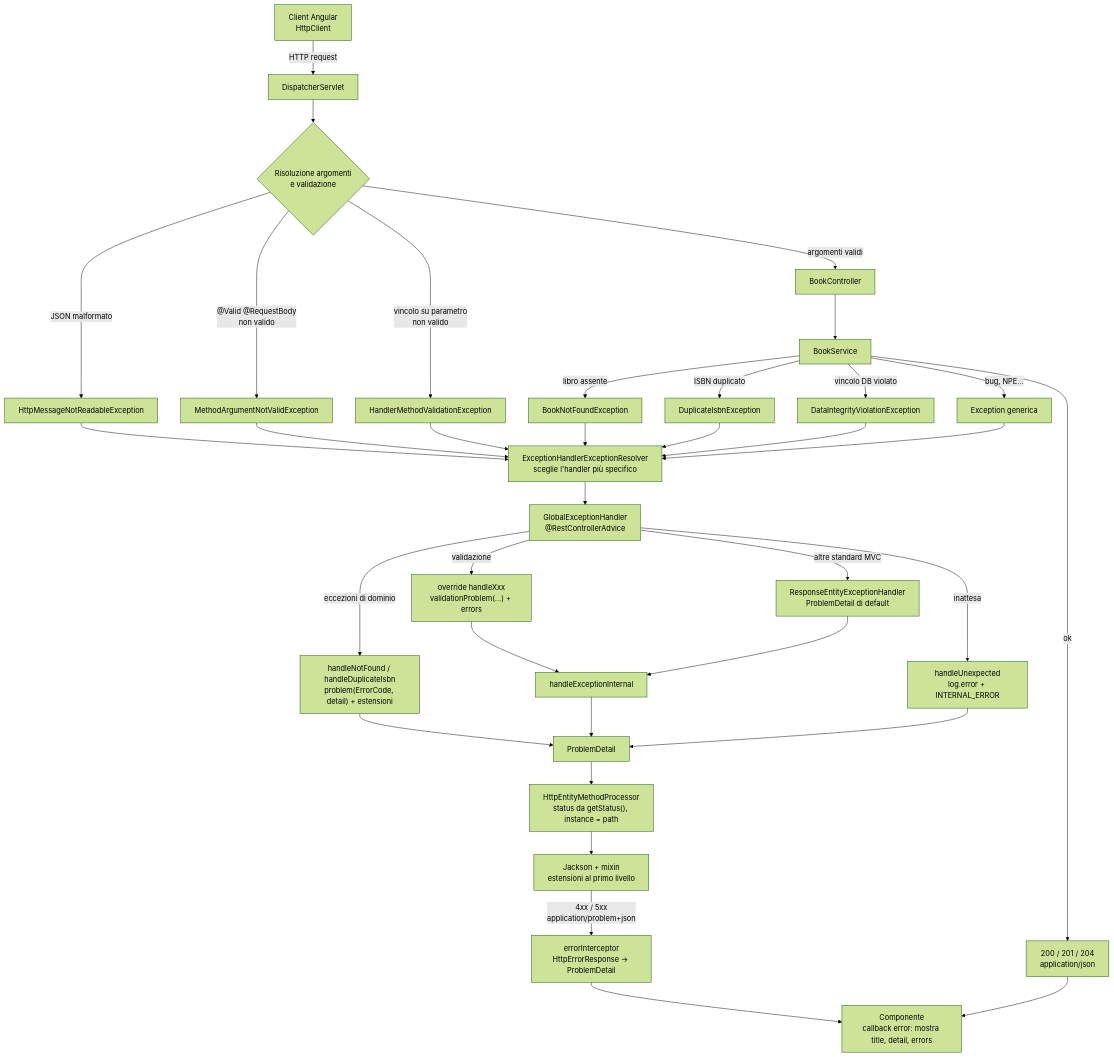
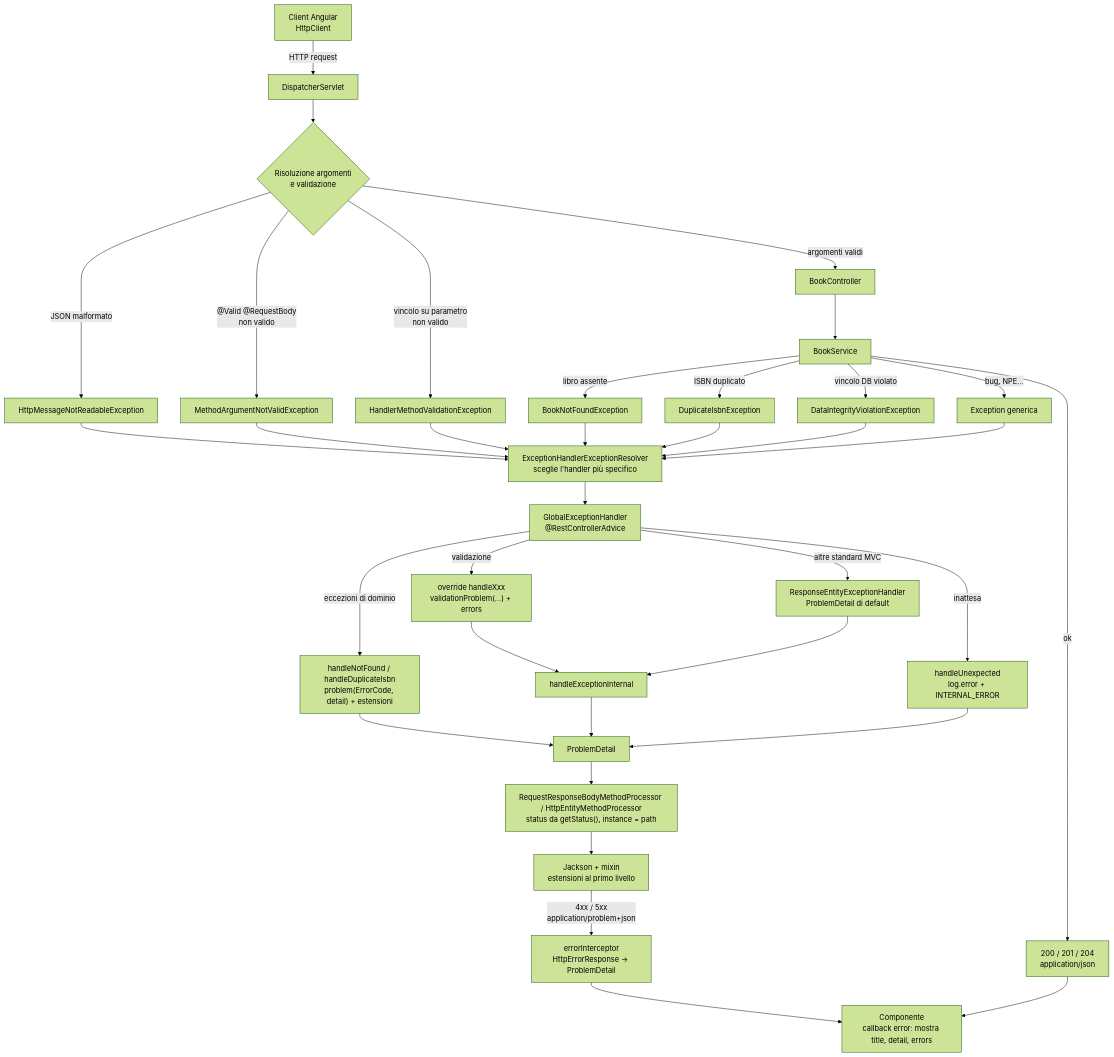
The first of 2 diagrams in gestione-eccezioni-spring-boot/basic/docs/manuale-gestione-eccezioni.md (agphoto/java_learning), drawn with Mermaid (forest theme) before and after one commit. The commit also changed other lines of this file and 1 other file, not shown here.

First line of the commit message:
Manuale: chi valorizza instance, percorso senza eccezioni, niente "sul filo"

````diff
--- a/gestione-eccezioni-spring-boot/basic/docs/manuale-gestione-eccezioni.md
+++ b/gestione-eccezioni-spring-boot/basic/docs/manuale-gestione-eccezioni.md
@@ -710,35 +924,35 @@
 ```mermaid
 flowchart TD
     A["Client Angular<br/>HttpClient"] -->|"HTTP request"| B["DispatcherServlet"]
     B --> C{"Risoluzione argomenti<br/>e validazione"}
 
     C -->|"JSON malformato"| E1["HttpMessageNotReadableException"]
     C -->|"@Valid @RequestBody<br/>non valido"| E2["MethodArgumentNotValidException"]
     C -->|"vincolo su parametro<br/>non valido"| E3["HandlerMethodValidationException"]
     C -->|"argomenti validi"| D["BookController"]
 
     D --> S["BookService"]
     S -->|"libro assente"| E4["BookNotFoundException"]
     S -->|"ISBN duplicato"| E5["DuplicateIsbnException"]
     S -->|"vincolo DB violato"| E6["DataIntegrityViolationException"]
     S -->|"bug, NPE..."| E7["Exception generica"]
     S -->|"ok"| OK["200 / 201 / 204<br/>application/json"]
 
     E1 & E2 & E3 & E4 & E5 & E6 & E7 --> R["ExceptionHandlerExceptionResolver<br/>sceglie l'handler più specifico"]
 
     R --> G["GlobalExceptionHandler<br/>@RestControllerAdvice"]
 
     G -->|"eccezioni di dominio"| H1["handleNotFound / handleDuplicateIsbn<br/>problem(ErrorCode, detail) + estensioni"]
     G -->|"validazione"| H2["override handleXxx<br/>validationProblem(...) + errors"]
     G -->|"altre standard MVC"| H3["ResponseEntityExceptionHandler<br/>ProblemDetail di default"]
     G -->|"inattesa"| H4["handleUnexpected<br/>log.error + INTERNAL_ERROR"]
 
     H2 & H3 --> HI["handleExceptionInternal"]
     H1 & H4 & HI --> P["ProblemDetail"]
 
-    P --> W["HttpEntityMethodProcessor<br/>status da getStatus(), instance = path"]
+    P --> W["RequestResponseBodyMethodProcessor / HttpEntityMethodProcessor<br/>status da getStatus(), instance = path"]
     W --> J["Jackson + mixin<br/>estensioni al primo livello"]
     J -->|"4xx / 5xx<br/>application/problem+json"| I["errorInterceptor<br/>HttpErrorResponse → ProblemDetail"]
     OK --> CMP
     I --> CMP["Componente<br/>callback error: mostra title, detail, errors"]
 ```
````
